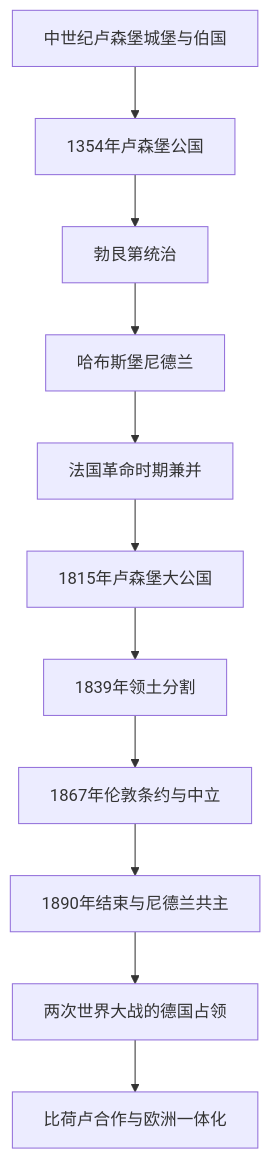
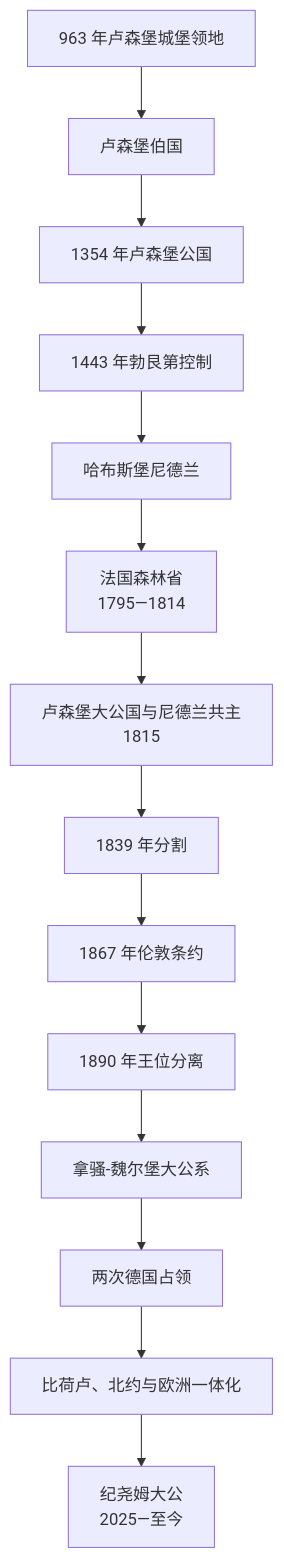
One commit to tianlan-dev/learning-notes changed the diagram in 人文科学/历史/欧洲/低地国家/卢森堡.md. Above: the diagram before and after it, drawn with Mermaid. The commit also changed other lines of this file and 1417 other files, not shown here.

````diff
--- a/人文科学/历史/欧洲/低地国家/卢森堡.md
+++ b/人文科学/历史/欧洲/低地国家/卢森堡.md
@@ -13,13 +15,16 @@
 ```mermaid
 flowchart TD
-    Castle["中世纪卢森堡城堡与伯国"] --> Duchy["1354年卢森堡公国"]
-    Duchy --> Burgundy["勃艮第统治"]
+    C["963 年卢森堡城堡领地"] --> County["卢森堡伯国"]
+    County --> Duchy["1354 年卢森堡公国"]
+    Duchy --> Burgundy["1443 年勃艮第控制"]
     Burgundy --> Habsburg["哈布斯堡尼德兰"]
-    Habsburg --> France["法国革命时期兼并"]
-    France --> GrandDuchy["1815年卢森堡大公国"]
-    GrandDuchy --> Partition["1839年领土分割"]
-    Partition --> Neutrality["1867年伦敦条约与中立"]
-    Neutrality --> Separate["1890年结束与尼德兰共主"]
-    Separate --> Occupations["两次世界大战的德国占领"]
-    Occupations --> Integration["比荷卢合作与欧洲一体化"]
+    Habsburg --> France["法国森林省<br/>1795—1814"]
+    France --> Grand["卢森堡大公国与尼德兰共主<br/>1815"]
+    Grand --> Partition["1839 年分割"]
+    Partition --> London["1867 年伦敦条约"]
+    London --> Separate["1890 年王位分离"]
+    Separate --> Nassau["拿骚-魏尔堡大公系"]
+    Nassau --> Wars["两次德国占领"]
+    Wars --> Europe["比荷卢、北约与欧洲一体化"]
+    Europe --> Current["纪尧姆大公<br/>2025—至今"]
 ```
````
